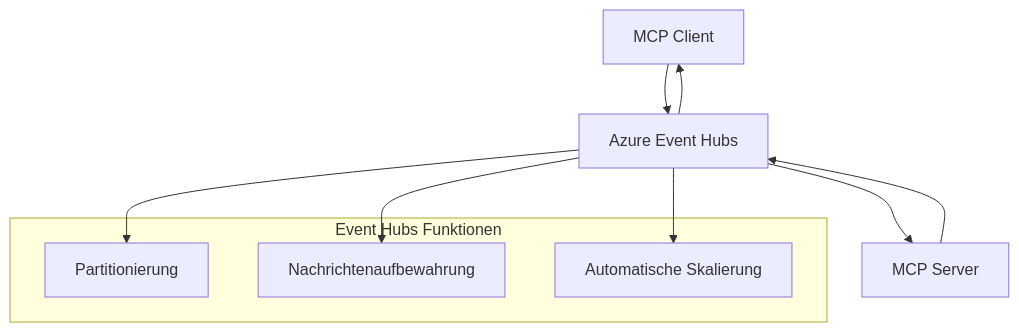
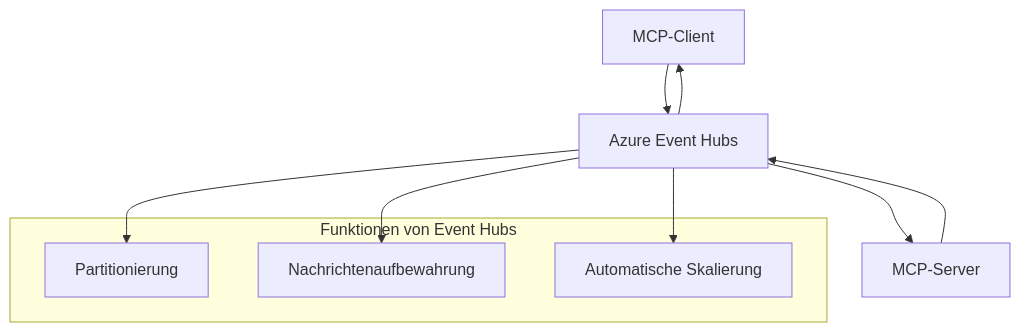
One commit to HIDORAKAI002/ai-workspace-archive changed the second of 2 diagrams in mcp_ecosystem__model_context_protocol/mcp_learning_resources/mcp-for-beginners/translations/de/05-AdvancedTopics/mcp-transport/README.md. Above: the diagram before and after it, drawn with Mermaid. The commit also changed other lines of this file and 1046 other files, not shown here.

````diff
--- a/mcp_ecosystem__model_context_protocol/mcp_learning_resources/mcp-for-beginners/translations/de/05-AdvancedTopics/mcp-transport/README.md
+++ b/mcp_ecosystem__model_context_protocol/mcp_learning_resources/mcp-for-beginners/translations/de/05-AdvancedTopics/mcp-transport/README.md
@@ -270,17 +272,17 @@
 ```mermaid
 graph TB
-    Client[MCP Client] --> EH[Azure Event Hubs]
-    EH --> Server[MCP Server]
+    Client[MCP-Client] --> EH[Azure Event Hubs]
+    EH --> Server[MCP-Server]
     Server --> EH
     EH --> Client
     
-    subgraph "Event Hubs Funktionen"
+    subgraph "Funktionen von Event Hubs"
         Partition[Partitionierung]
         Retention[Nachrichtenaufbewahrung]
         Scaling[Automatische Skalierung]
     end
     
     EH --> Partition
     EH --> Retention
     EH --> Scaling
 ```
````
